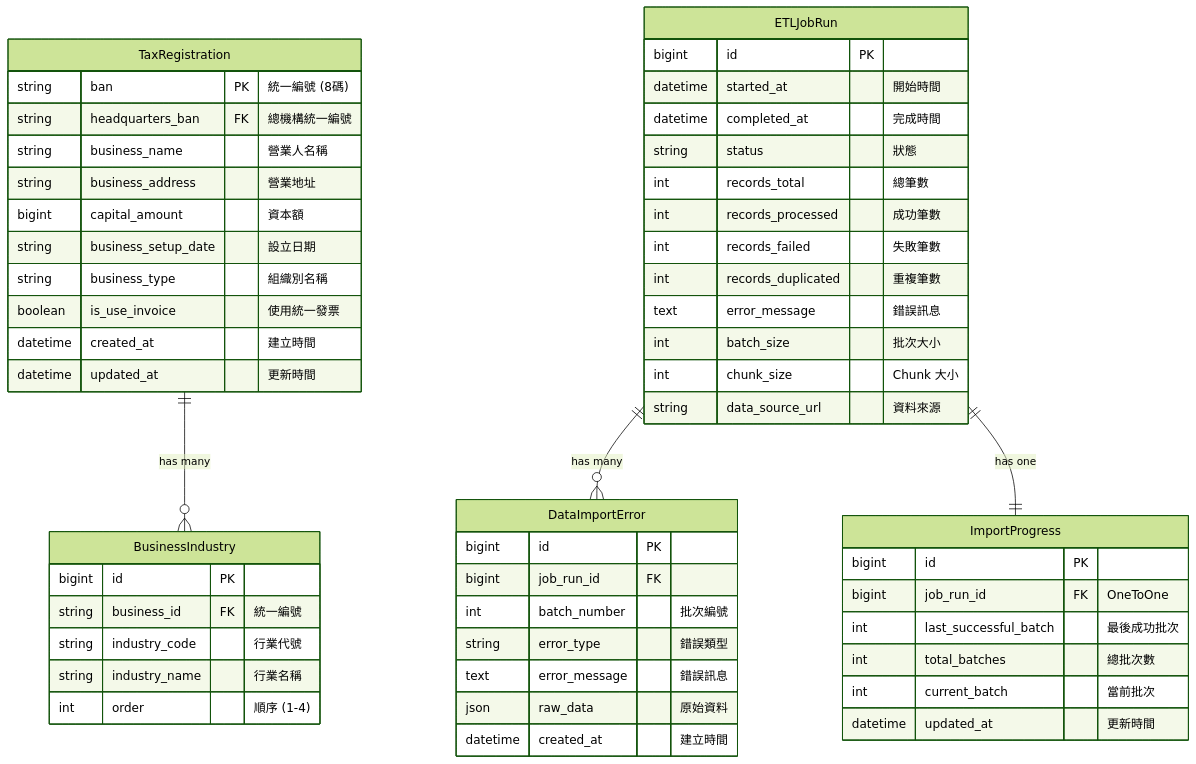
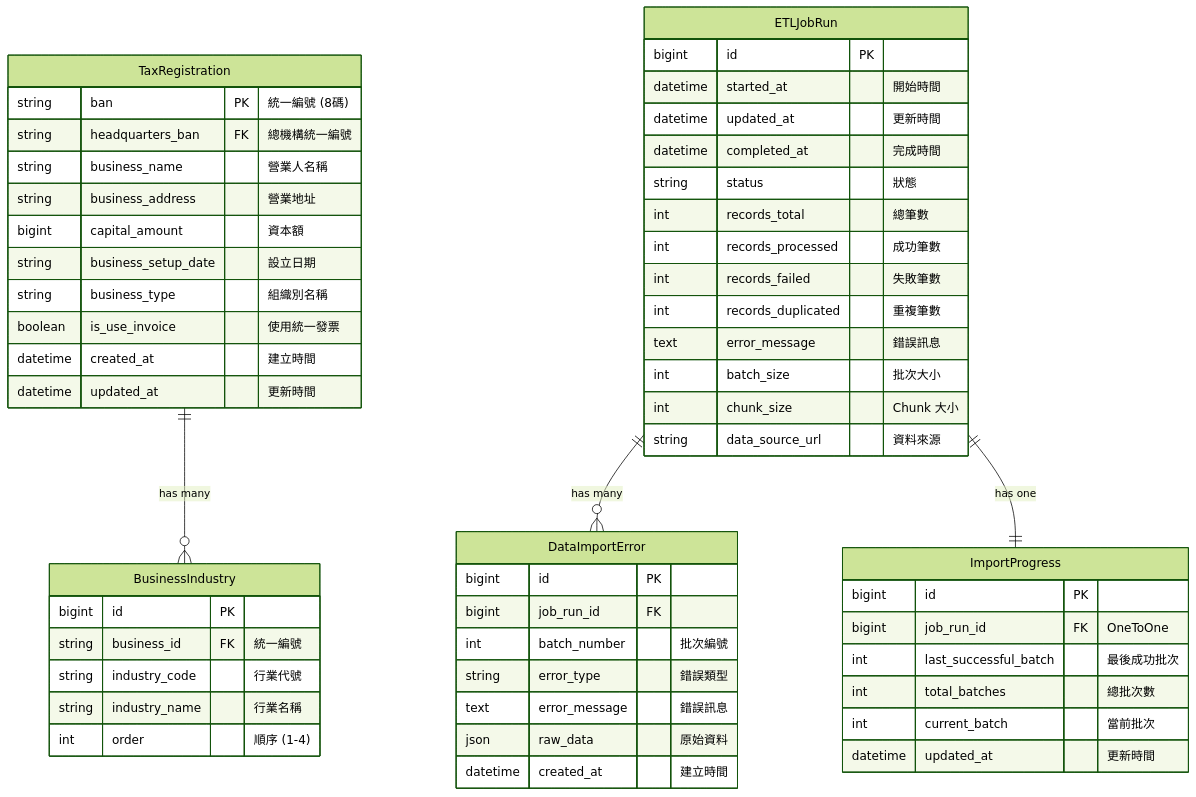
Before and after one commit to wrbyepct/assignment: the second of 12 diagrams in README.md, drawn with Mermaid (forest theme). The commit also changed other lines of this file and 3 other files, not shown here.

````diff
--- a/README.md
+++ b/README.md
@@ -807,64 +438,65 @@
 ```mermaid
 erDiagram
     %% ===== 業務資料模型 =====
     TaxRegistration ||--o{ BusinessIndustry : "has many"
     
     TaxRegistration {
         string ban PK "統一編號 (8碼)"
         string headquarters_ban FK "總機構統一編號"
         string business_name "營業人名稱"
         string business_address "營業地址"
         bigint capital_amount "資本額"
         string business_setup_date "設立日期"
         string business_type "組織別名稱"
         boolean is_use_invoice "使用統一發票"
         datetime created_at "建立時間"
         datetime updated_at "更新時間"
     }
     
     BusinessIndustry {
         bigint id PK
         string business_id FK "統一編號"
         string industry_code "行業代號"
         string industry_name "行業名稱"
         int order "順序 (1-4)"
     }
 
     %% ===== ETL 追蹤模型 =====
     ETLJobRun ||--o{ DataImportError : "has many"
     ETLJobRun ||--|| ImportProgress : "has one"
     
     ETLJobRun {
         bigint id PK
         datetime started_at "開始時間"
+        datetime updated_at "更新時間"
         datetime completed_at "完成時間"
         string status "狀態"
         int records_total "總筆數"
         int records_processed "成功筆數"
         int records_failed "失敗筆數"
         int records_duplicated "重複筆數"
         text error_message "錯誤訊息"
         int batch_size "批次大小"
         int chunk_size "Chunk 大小"
         string data_source_url "資料來源"
     }
     
     DataImportError {
         bigint id PK
         bigint job_run_id FK
         int batch_number "批次編號"
         string error_type "錯誤類型"
         text error_message "錯誤訊息"
         json raw_data "原始資料"
         datetime created_at "建立時間"
     }
     
     ImportProgress {
         bigint id PK
         bigint job_run_id FK "OneToOne"
         int last_successful_batch "最後成功批次"
         int total_batches "總批次數"
         int current_batch "當前批次"
         datetime updated_at "更新時間"
     }
 ```
````
